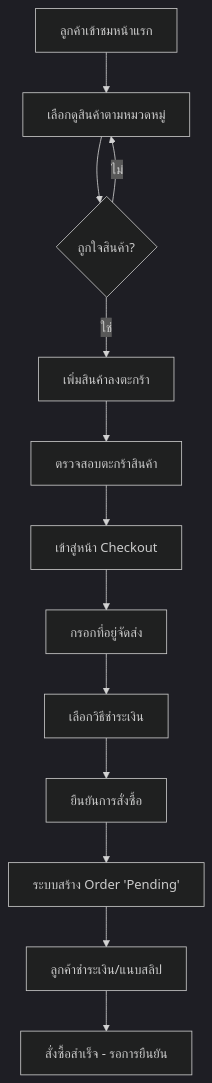
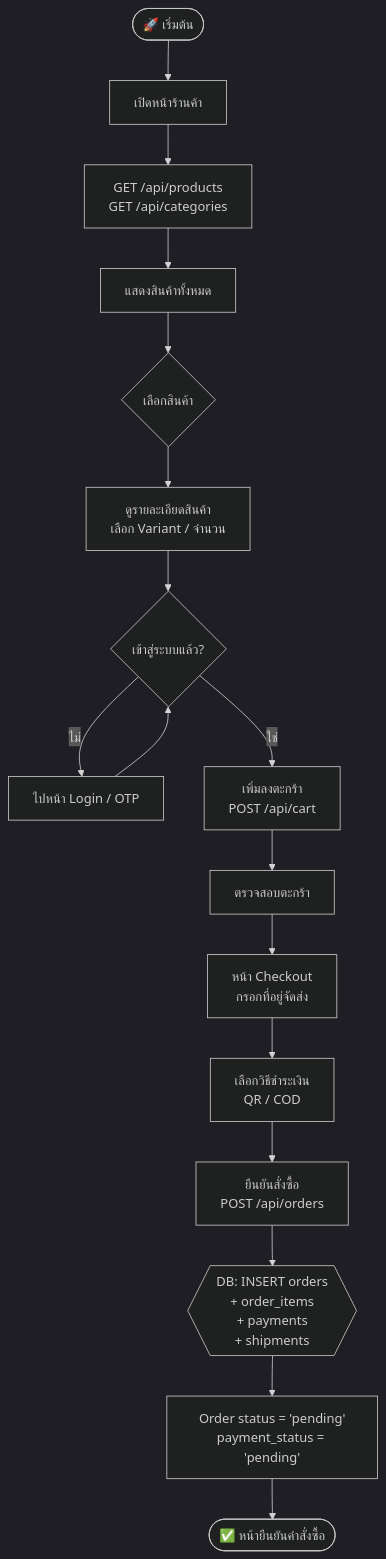
The third of 23 diagrams in FLOWCHARTS.md (max5745/chambot2), drawn with Mermaid (dark theme) before and after one commit. The commit also changed other lines of this file and 36 other files, not shown here.

````diff
--- a/FLOWCHARTS.md
+++ b/FLOWCHARTS.md
@@ -60,15 +104,19 @@
 ```mermaid
-graph TD
-    A[ลูกค้าเข้าชมหน้าแรก] --> B[เลือกดูสินค้าตามหมวดหมู่]
-    B --> C{ถูกใจสินค้า?}
-    C -- ใช่ --> D[เพิ่มสินค้าลงตะกร้า]
-    C -- ไม่ --> B
-    D --> E[ตรวจสอบตะกร้าสินค้า]
-    E --> F[เข้าสู่หน้า Checkout]
-    F --> G[กรอกที่อยู่จัดส่ง]
-    G --> H[เลือกวิธีชำระเงิน]
-    H --> I[ยืนยันการสั่งซื้อ]
-    I --> J[ระบบสร้าง Order 'Pending']
-    J --> K[ลูกค้าชำระเงิน/แนบสลิป]
-    K --> L[สั่งซื้อสำเร็จ - รอการยืนยัน]
+flowchart TD
+    A([🚀 เริ่มต้น]) --> B[เปิดหน้าร้านค้า]
+    B --> C["GET /api/products\nGET /api/categories"]
+    C --> D[แสดงสินค้าทั้งหมด]
+    D --> E{เลือกสินค้า}
+    E --> F[ดูรายละเอียดสินค้า\nเลือก Variant / จำนวน]
+    F --> G{เข้าสู่ระบบแล้ว?}
+    G -- ไม่ --> H[ไปหน้า Login / OTP]
+    H --> G
+    G -- ใช่ --> I["เพิ่มลงตะกร้า\nPOST /api/cart"]
+    I --> J[ตรวจสอบตะกร้า]
+    J --> K[หน้า Checkout\nกรอกที่อยู่จัดส่ง]
+    K --> L[เลือกวิธีชำระเงิน\nQR / COD]
+    L --> M["ยืนยันสั่งซื้อ\nPOST /api/orders"]
+    M --> N{{"DB: INSERT orders\n+ order_items\n+ payments\n+ shipments"}}
+    N --> O[Order status = 'pending'\npayment_status = 'pending']
+    O --> P([✅ หน้ายืนยันคำสั่งซื้อ])
 ```
````
